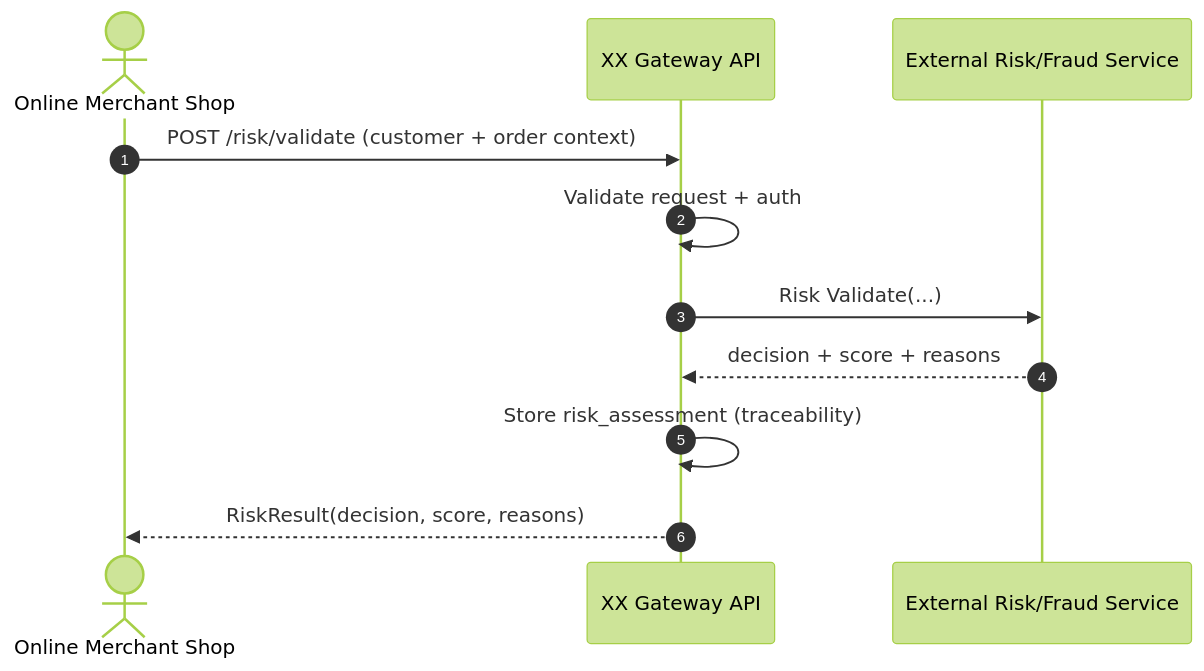
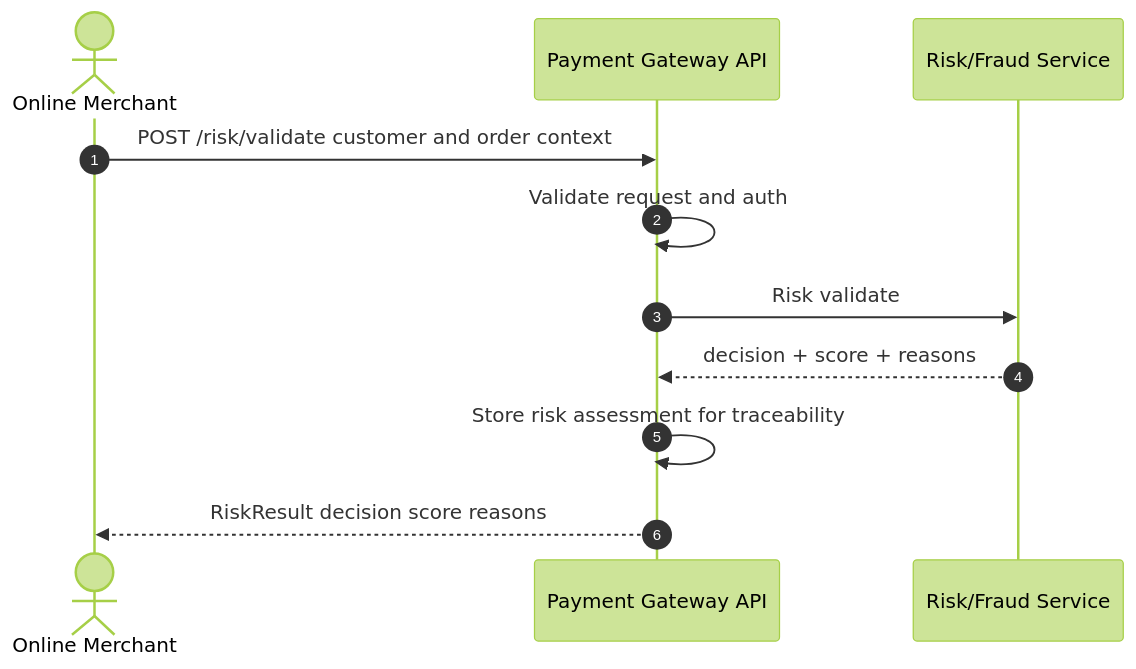
The third of 3 diagrams in README.md (pipicodes/secure-gateway-reference-design), drawn with Mermaid (forest theme) before and after one commit. The commit also changed other lines of this file, not shown here.

````diff
--- a/README.md
+++ b/README.md
@@ -112,14 +112,14 @@
 ```mermaid
 sequenceDiagram
 autonumber
-actor Merchant as Online Merchant Shop
-participant GW as XX Gateway API
-participant Risk as External Risk/Fraud Service
+actor Merchant as Online Merchant
+participant GW as Payment Gateway API
+participant Risk as Risk/Fraud Service
 
-Merchant->>GW: POST /risk/validate (customer + order context)
-GW->>GW: Validate request + auth
-GW->>Risk: Risk Validate(...)
+Merchant->>GW: POST /risk/validate customer and order context
+GW->>GW: Validate request and auth
+GW->>Risk: Risk validate
 Risk-->>GW: decision + score + reasons
-GW->>GW: Store risk_assessment (traceability)
-GW-->>Merchant: RiskResult(decision, score, reasons)
+GW->>GW: Store risk assessment for traceability
+GW-->>Merchant: RiskResult decision score reasons
 ```
````
